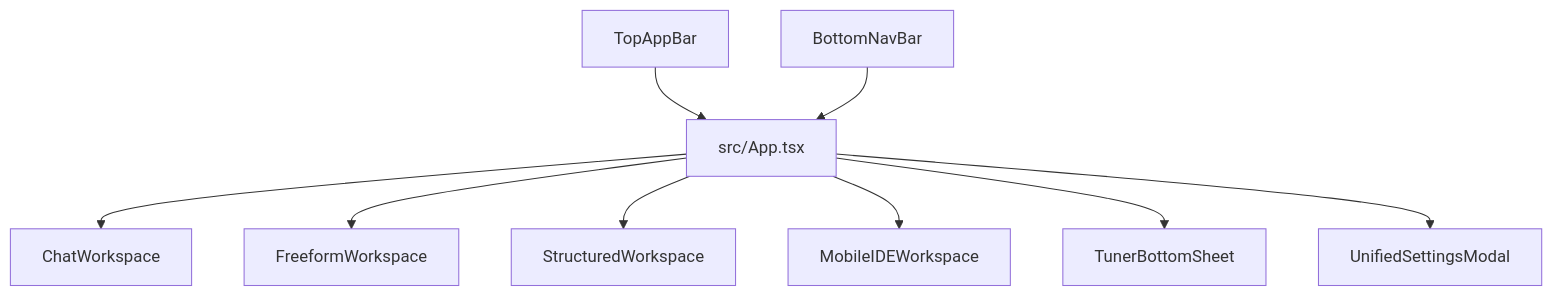
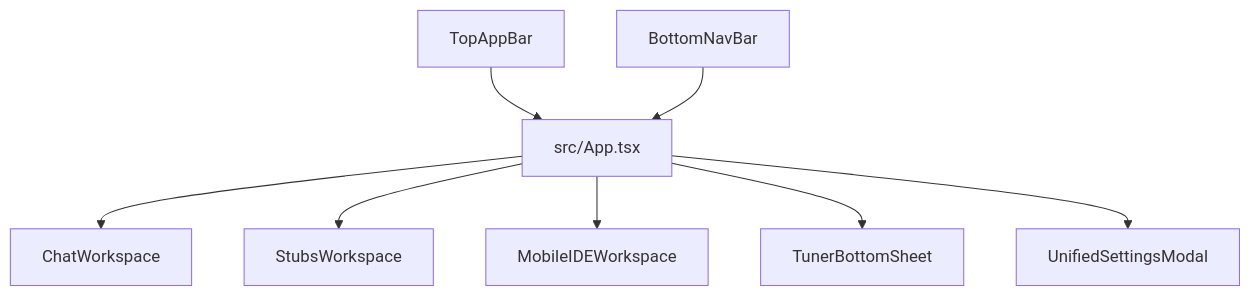
One commit to BicycleButler/ai-studio-mobile changed the diagram in knowledge/architecture/domains/workspaces-domain-map.md. Above: the diagram before and after it, drawn with Mermaid. The commit also changed other lines of this file and 1 other file, not shown here.

Commit message:
Update context maps to reflect removed Freeform and Structured workspaces

````diff
--- a/knowledge/architecture/domains/workspaces-domain-map.md
+++ b/knowledge/architecture/domains/workspaces-domain-map.md
@@ -48,12 +47,11 @@
 ```mermaid
 flowchart TD
   App[src/App.tsx]
   TopAppBar[TopAppBar] --> App
   BottomNavBar[BottomNavBar] --> App
   App --> Chat[ChatWorkspace]
-  App --> Freeform[FreeformWorkspace]
-  App --> Structured[StructuredWorkspace]
+  App --> Stubs[StubsWorkspace]
   App --> MobileIDE[MobileIDEWorkspace]
   App --> Tuner[TunerBottomSheet]
   App --> Settings[UnifiedSettingsModal]
 ```
````
